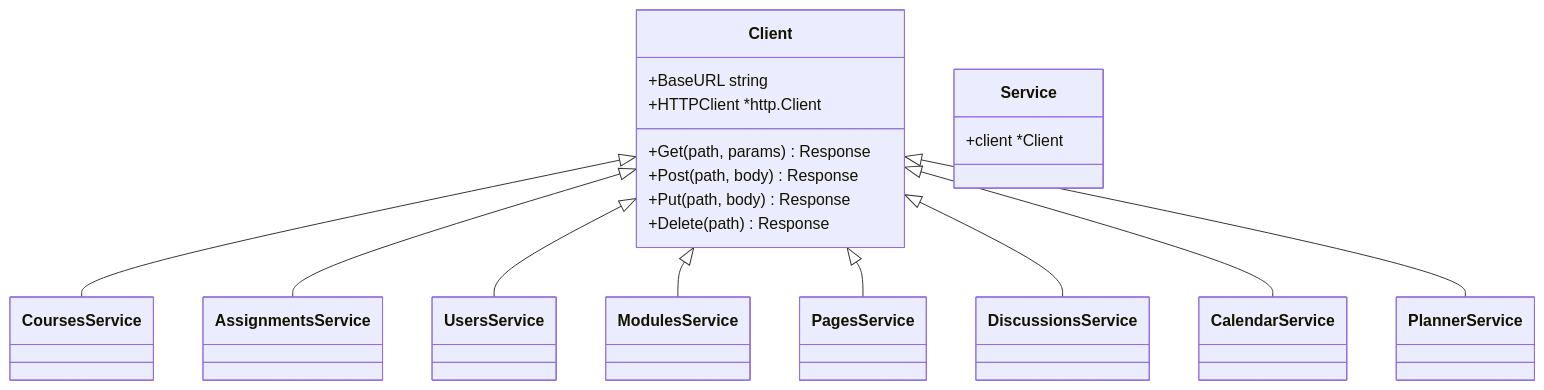
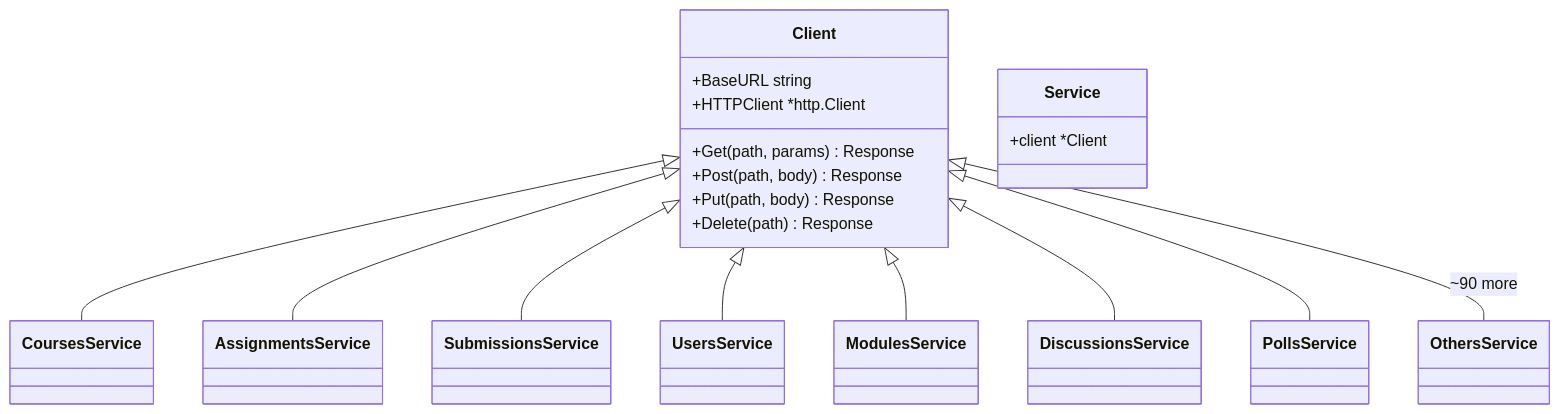
Before and after one commit to chiptoe-svg/canvas-cli: the second of 5 diagrams in docs/development/architecture.md, drawn with Mermaid. The commit also changed other lines of this file and 28 other files, not shown here.

````diff
--- a/docs/development/architecture.md
+++ b/docs/development/architecture.md
@@ -60,24 +75,24 @@
 ```mermaid
 classDiagram
     class Client {
         +BaseURL string
         +HTTPClient *http.Client
         +Get(path, params) Response
         +Post(path, body) Response
         +Put(path, body) Response
         +Delete(path) Response
     }
 
     class Service {
         +client *Client
     }
 
     Client <|-- CoursesService
     Client <|-- AssignmentsService
+    Client <|-- SubmissionsService
     Client <|-- UsersService
     Client <|-- ModulesService
-    Client <|-- PagesService
     Client <|-- DiscussionsService
-    Client <|-- CalendarService
-    Client <|-- PlannerService
+    Client <|-- PollsService
+    Client <|-- OthersService : ~90 more
 ```
````
